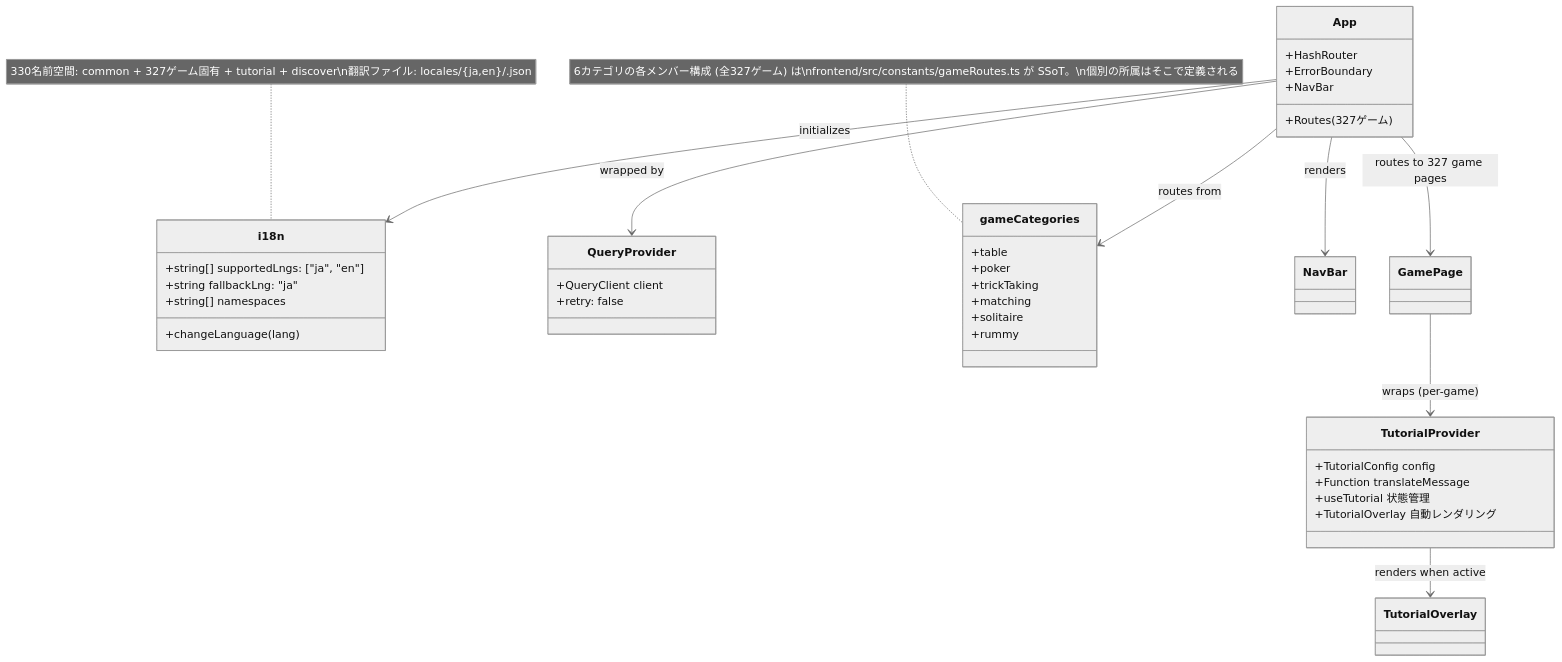
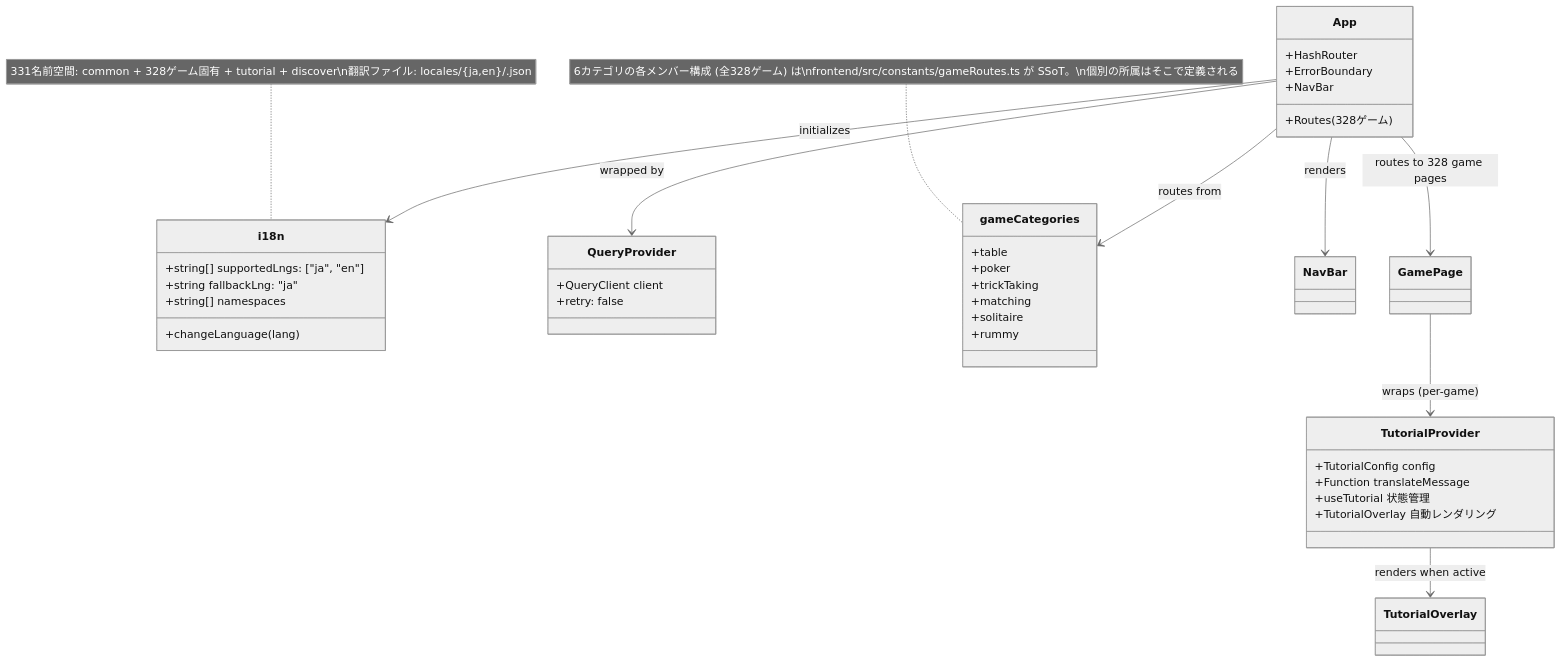
Before and after one commit to yuta-yoshinaga/go_trumpcards: the ninth of 49 diagrams in docs/design/frontend.md, drawn with Mermaid (neutral theme). The commit also changed other lines of this file and 58 other files, not shown here.

````diff
--- a/docs/design/frontend.md
+++ b/docs/design/frontend.md
@@ -1874,48 +1874,48 @@
 ```mermaid
 classDiagram
     class i18n {
         +string[] supportedLngs: ["ja", "en"]
         +string fallbackLng: "ja"
         +string[] namespaces
         +changeLanguage(lang)
     }
 
     class QueryProvider {
         +QueryClient client
         +retry: false
     }
 
     class App {
         +HashRouter
         +ErrorBoundary
         +NavBar
-        +Routes (327ゲーム)
+        +Routes (328ゲーム)
     }
 
     class gameCategories {
         +table
         +poker
         +trickTaking
         +matching
         +solitaire
         +rummy
     }
-    note for gameCategories "6カテゴリの各メンバー構成 (全327ゲーム) は\nfrontend/src/constants/gameRoutes.ts が SSoT。\n個別の所属はそこで定義される"
+    note for gameCategories "6カテゴリの各メンバー構成 (全328ゲーム) は\nfrontend/src/constants/gameRoutes.ts が SSoT。\n個別の所属はそこで定義される"
 
     class TutorialProvider {
         +TutorialConfig config
         +Function translateMessage
         +useTutorial 状態管理
         +TutorialOverlay 自動レンダリング
     }
 
     App --> QueryProvider : wrapped by
     App --> i18n : initializes
     App --> gameCategories : routes from
     App --> NavBar : renders
-    App --> GamePage : routes to 327 game pages
+    App --> GamePage : routes to 328 game pages
     GamePage --> TutorialProvider : wraps (per-game)
     TutorialProvider --> TutorialOverlay : renders when active
 
-    note for i18n "330名前空間: common + 327ゲーム固有 + tutorial + discover\n翻訳ファイル: locales/{ja,en}/<game>.json"
+    note for i18n "331名前空間: common + 328ゲーム固有 + tutorial + discover\n翻訳ファイル: locales/{ja,en}/<game>.json"
 ```
````
